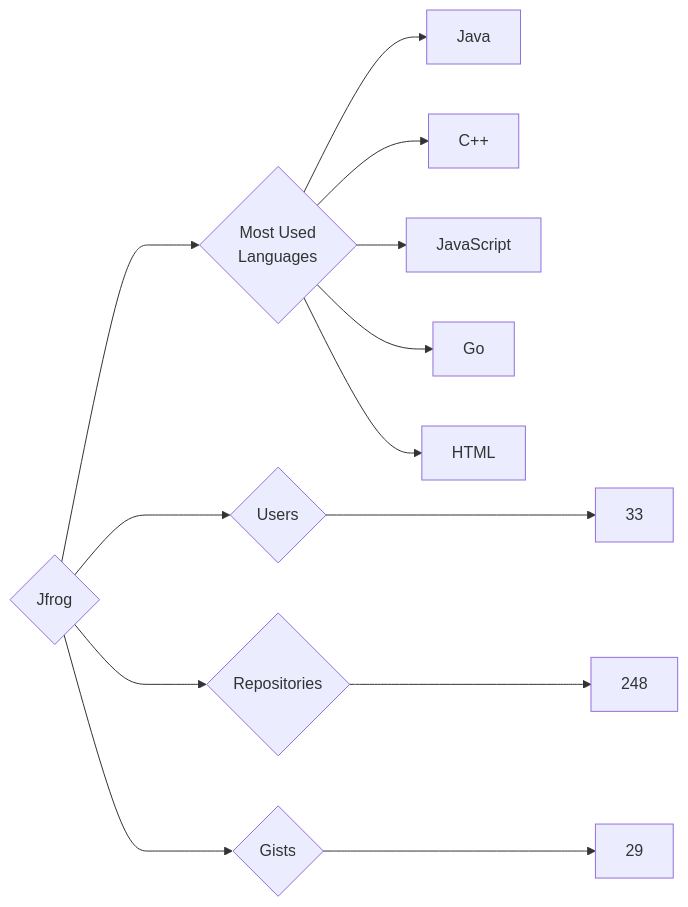
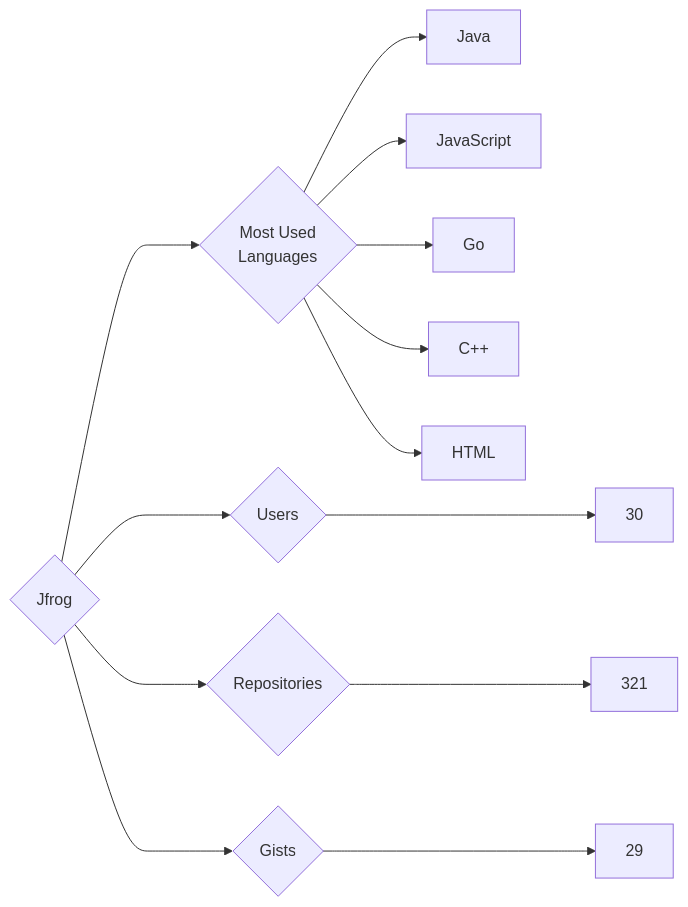
Before and after one commit to trickest/insiders: the diagram in targets/Jfrog/README.md, drawn with Mermaid. The commit also changed 874 other files, not shown here.

````diff
--- a/targets/Jfrog/README.md
+++ b/targets/Jfrog/README.md
@@ -3,13 +3,13 @@
 ```mermaid
 graph LR
 COMPANY_NAME{Jfrog}
-COMPANY_NAME ---> U{Users} ---> UN[33]
-COMPANY_NAME ---> R{Repositories} ---> RN[248]
+COMPANY_NAME ---> U{Users} ---> UN[30]
+COMPANY_NAME ---> R{Repositories} ---> RN[321]
 COMPANY_NAME ---> G{Gists} ---> GN[29]
 COMPANY_NAME ---> ML{Most Used<br>Languages}
 ML --> Java[Java]
-ML --> C++[C++]
 ML --> JavaScript[JavaScript]
 ML --> Go[Go]
+ML --> C++[C++]
 ML --> HTML[HTML]
 ```
````
